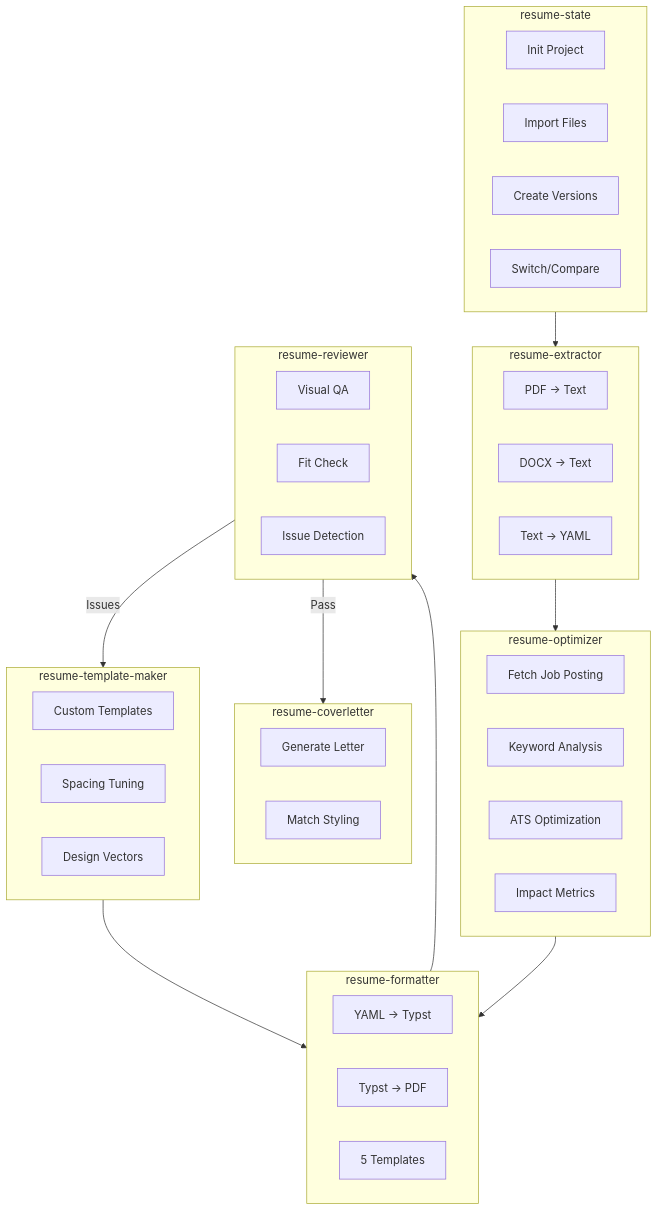
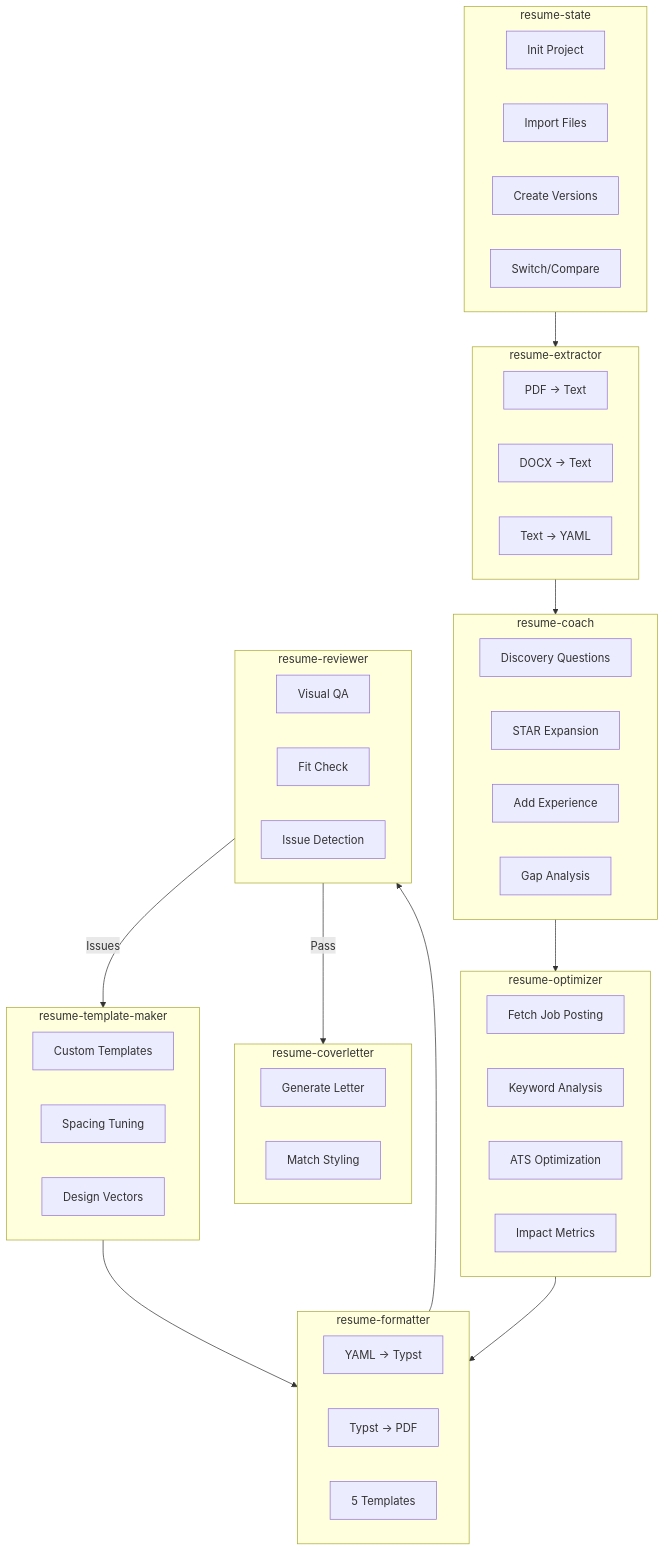
Before and after one commit to vibewith-brent/claude-resume-skills: the third of 4 diagrams in README.md, drawn with Mermaid. The commit also changed other lines of this file and 3 other files, not shown here.

First line of the commit message:
Add resume-coach skill for content discovery and expansion

````diff
--- a/README.md
+++ b/README.md
@@ -111,53 +123,61 @@
 ```mermaid
 flowchart TB
     subgraph state["resume-state"]
         S1[Init Project]
         S2[Import Files]
         S3[Create Versions]
         S4[Switch/Compare]
     end
 
     subgraph extract["resume-extractor"]
         E1[PDF → Text]
         E2[DOCX → Text]
         E3[Text → YAML]
+    end
+
+    subgraph coach["resume-coach"]
+        CO1[Discovery Questions]
+        CO2[STAR Expansion]
+        CO3[Add Experience]
+        CO4[Gap Analysis]
     end
 
     subgraph optimize["resume-optimizer"]
         O1[Fetch Job Posting]
         O2[Keyword Analysis]
         O3[ATS Optimization]
         O4[Impact Metrics]
     end
 
     subgraph format["resume-formatter"]
         F1[YAML → Typst]
         F2[Typst → PDF]
         F3[5 Templates]
     end
 
     subgraph template["resume-template-maker"]
         T1[Custom Templates]
         T2[Spacing Tuning]
         T3[Design Vectors]
     end
 
     subgraph review["resume-reviewer"]
         R1[Visual QA]
         R2[Fit Check]
         R3[Issue Detection]
     end
 
     subgraph cover["resume-coverletter"]
         C1[Generate Letter]
         C2[Match Styling]
     end
 
     state --> extract
-    extract --> optimize
+    extract --> coach
+    coach --> optimize
     optimize --> format
     format --> review
     review -->|Issues| template
     template --> format
     review -->|Pass| cover
 ```
````
